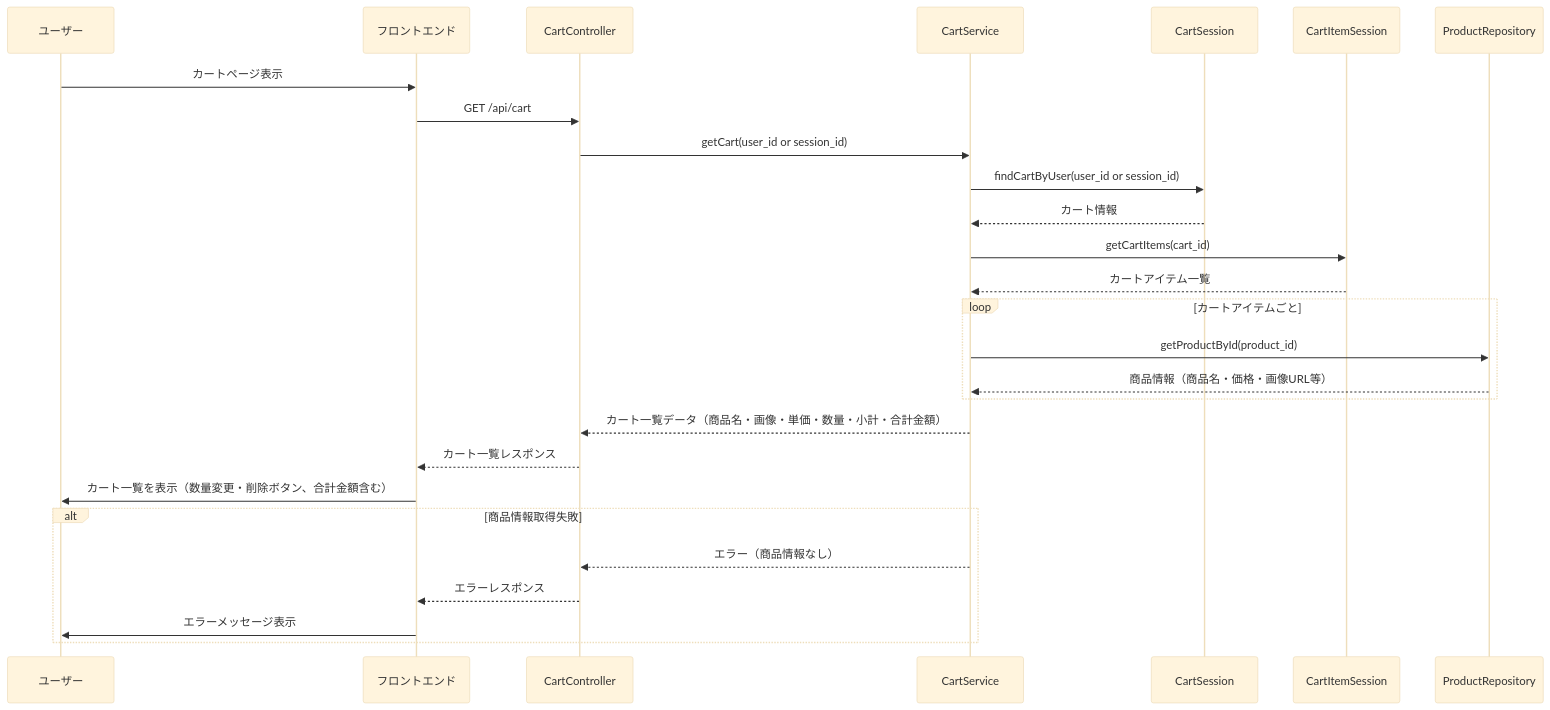
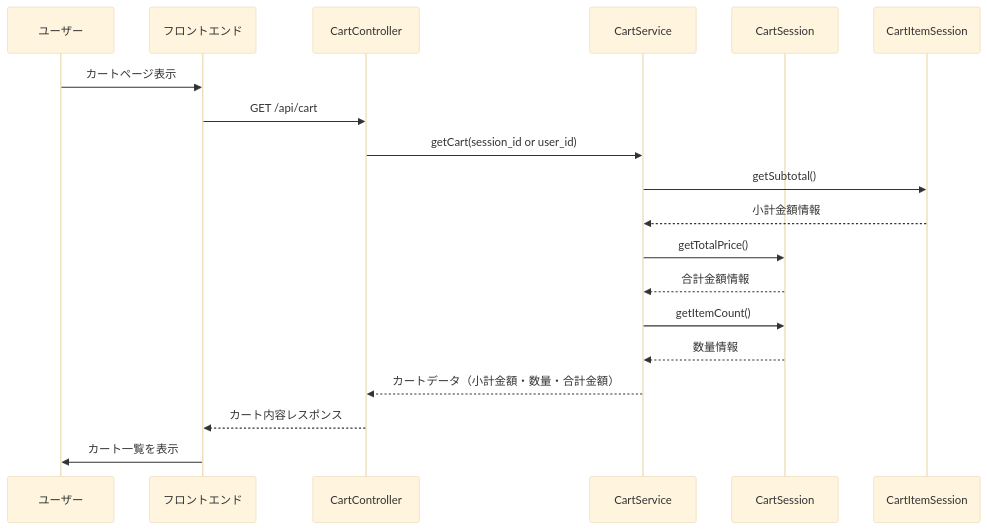
Before and after one commit to Aoi-Yaegashi/teamF: the fourth of 36 diagrams in 詳細設計/担当B_村田/3.2 機能詳細.md, drawn with Mermaid (base theme). The commit also changed other lines of this file and 2 other files, not shown here.

```diff
--- a/詳細設計/担当B_村田/3.2 機能詳細.md
+++ b/詳細設計/担当B_村田/3.2 機能詳細.md
@@ -133,49 +133,37 @@
 <div class="mermaid">
 sequenceDiagram
     participant User as ユーザー
     participant FE as フロントエンド
     participant CartC as CartController
     participant CartS as CartService
     participant CartRepo as CartSession
     participant CartItemRepo as CartItemSession
-    participant ProdRepo as ProductRepository
 
     %% ユーザーがカートページを表示
     User->>FE: カートページ表示
 
     %% フロントエンドがAPI呼び出し
     FE->>CartC: GET /api/cart
 
     %% コントローラがサービスに処理を依頼
-    CartC->>CartS: getCart(user_id or session_id)
-
-    %% サービスがカート情報を取得
-    CartS->>CartRepo: findCartByUser(user_id or session_id)
-    CartRepo-->>CartS: カート情報
-
-    %% サービスがカートアイテム一覧を取得
-    CartS->>CartItemRepo: getCartItems(cart_id)
-    CartItemRepo-->>CartS: カートアイテム一覧
+    CartC->>CartS: getCart(session_id or user_id)
 
     %% サービスが各カートアイテムの商品情報を取得
-    loop カートアイテムごと
-        CartS->>ProdRepo: getProductById(product_id)
-        ProdRepo-->>CartS: 商品情報（商品名・価格・画像URL等）
-    end
+    CartS->>CartItemRepo:getSubtotal()
+    CartItemRepo-->>CartS:小計金額情報
+
+    CartS->>CartRepo: getTotalPrice()
+    CartRepo-->>CartS: 合計金額情報
+    CartS->>CartRepo: getItemCount()
+    CartRepo-->>CartS: 数量情報
+    
 
     %% サービスが小計・合計金額を計算し、一覧データを生成
-    CartS-->>CartC: カート一覧データ（商品名・画像・単価・数量・小計・合計金額）
+    CartS-->>CartC: カートデータ（小計金額・数量・合計金額）
 
     %% コントローラがフロントエンドに返却
-    CartC-->>FE: カート一覧レスポンス
+    CartC-->>FE: カート内容レスポンス
 
     %% フロントエンドが画面に反映
-    FE->>User: カート一覧を表示（数量変更・削除ボタン、合計金額含む）
-
-    %% 商品情報が取得できない場合
-    alt 商品情報取得失敗
-        CartS-->>CartC: エラー（商品情報なし）
-        CartC-->>FE: エラーレスポンス
-        FE->>User: エラーメッセージ表示
-    end
+    FE->>User: カート一覧を表示
 </div>
```
